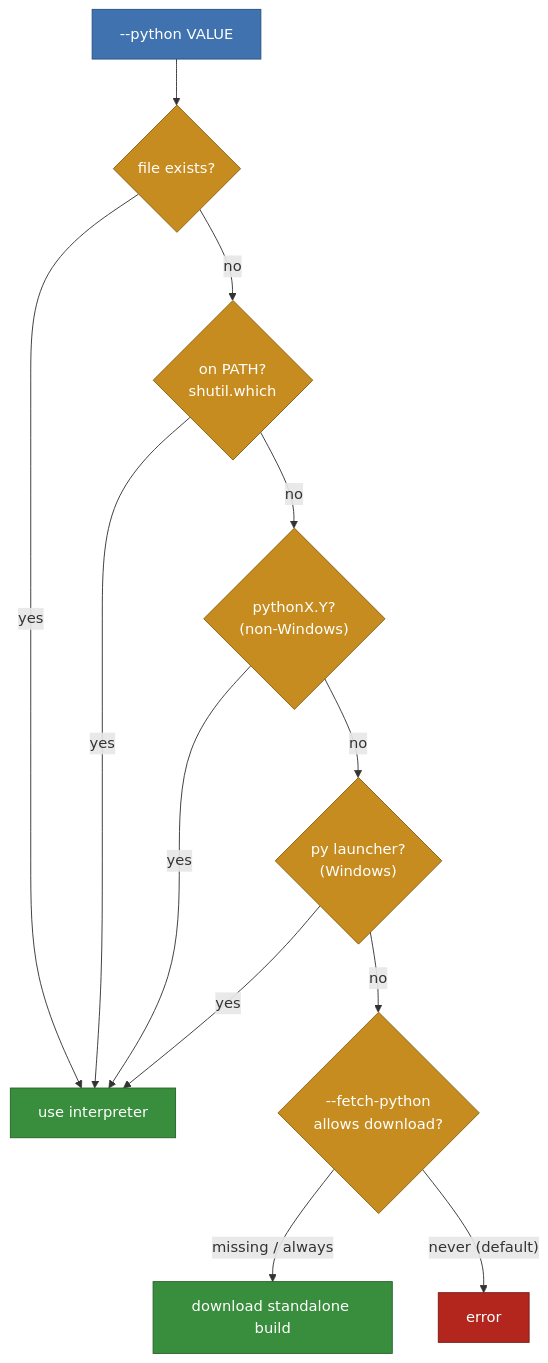
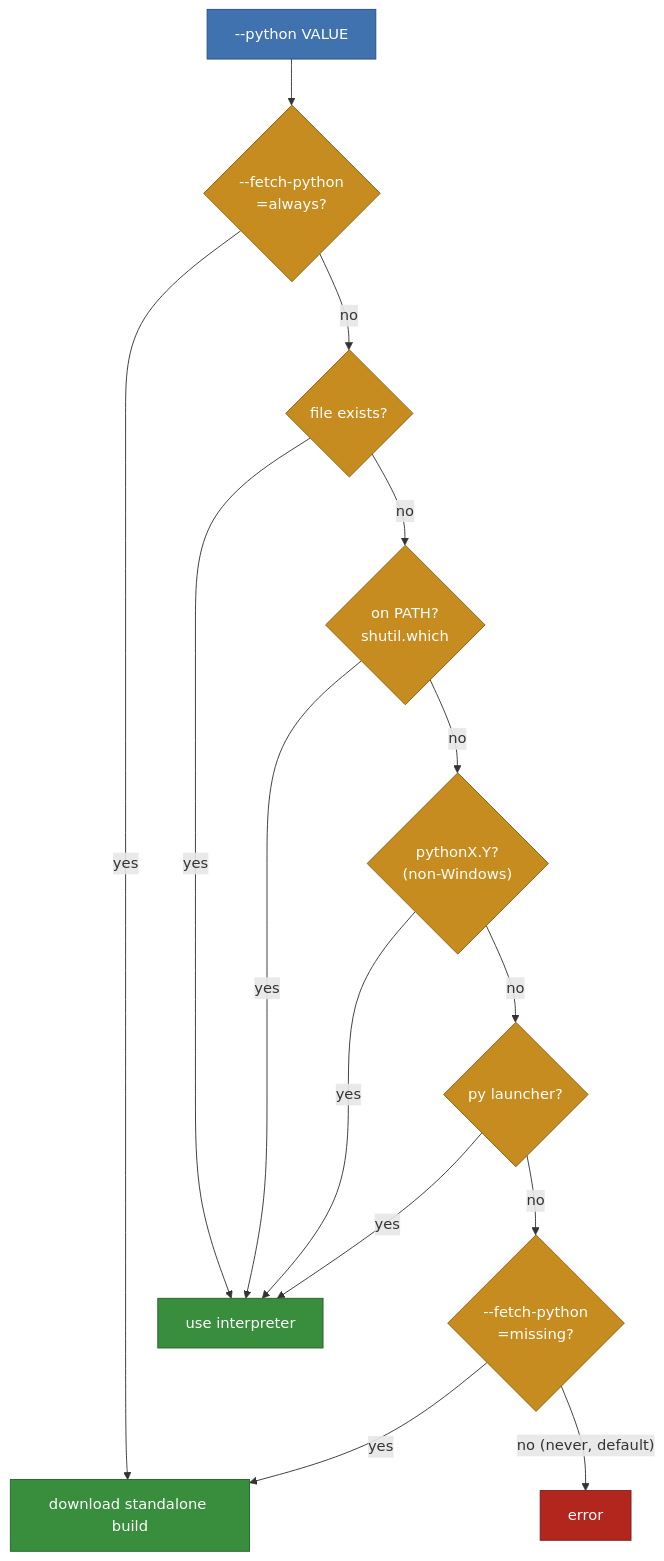
Before and after one commit to pypa/pipx: the fifth of 5 diagrams in docs/explanation/how-pipx-works.rst, drawn with Mermaid. The commit also changed other lines of this file and 29 other files, not shown here.

```diff
--- a/docs/explanation/how-pipx-works.rst
+++ b/docs/explanation/how-pipx-works.rst
@@ -169,23 +173,25 @@
 .. mermaid::
 
     flowchart TD
-        S["--python VALUE"] --> A{"file exists?"}
+        S["--python VALUE"] --> AL{"--fetch-python<br/>=always?"}
+        AL -- yes --> DL["download standalone build"]
+        AL -- no --> A{"file exists?"}
         A -- yes --> USE["use interpreter"]
         A -- no --> B{"on PATH?<br/>shutil.which"}
         B -- yes --> USE
         B -- no --> C{"pythonX.Y?<br/>(non-Windows)"}
         C -- yes --> USE
-        C -- no --> D{"py launcher?<br/>(Windows)"}
+        C -- no --> D{"py launcher?"}
         D -- yes --> USE
-        D -- no --> E{"--fetch-python<br/>allows download?"}
-        E -- "missing / always" --> DL["download standalone build"]
-        E -- "never (default)" --> ERR["error"]
+        D -- no --> E{"--fetch-python<br/>=missing?"}
+        E -- "yes" --> DL
+        E -- "no (never, default)" --> ERR["error"]
 
         classDef input fill:#3f72af,stroke:#28517f,color:#fff
         classDef decision fill:#c78c20,stroke:#8a6011,color:#fff
         classDef out fill:#388e3c,stroke:#256128,color:#fff
         classDef err fill:#b3261e,stroke:#7a1a15,color:#fff
         class S input
-        class A,B,C,D,E decision
+        class AL,A,B,C,D,E decision
         class USE,DL out
         class ERR err
```
